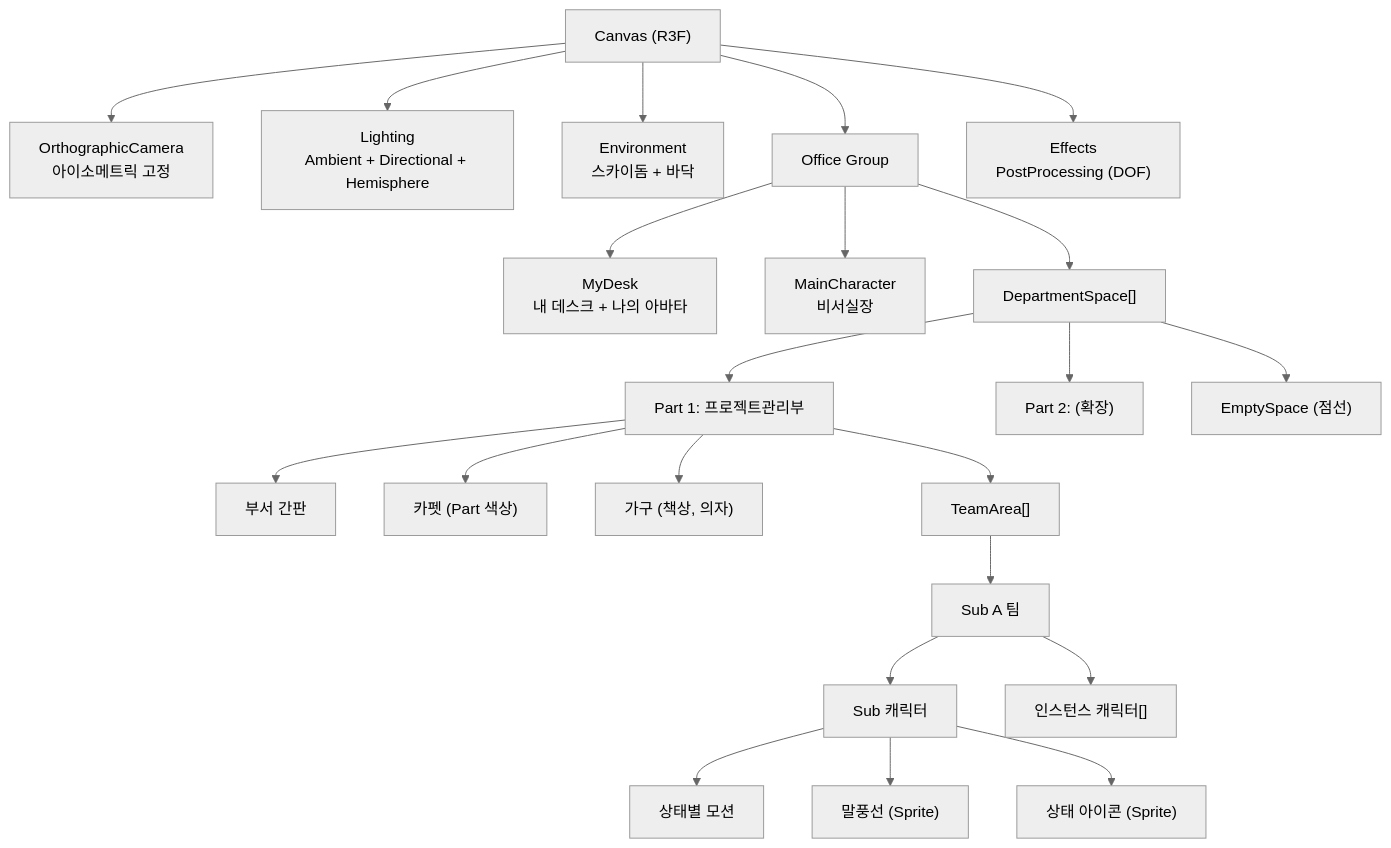
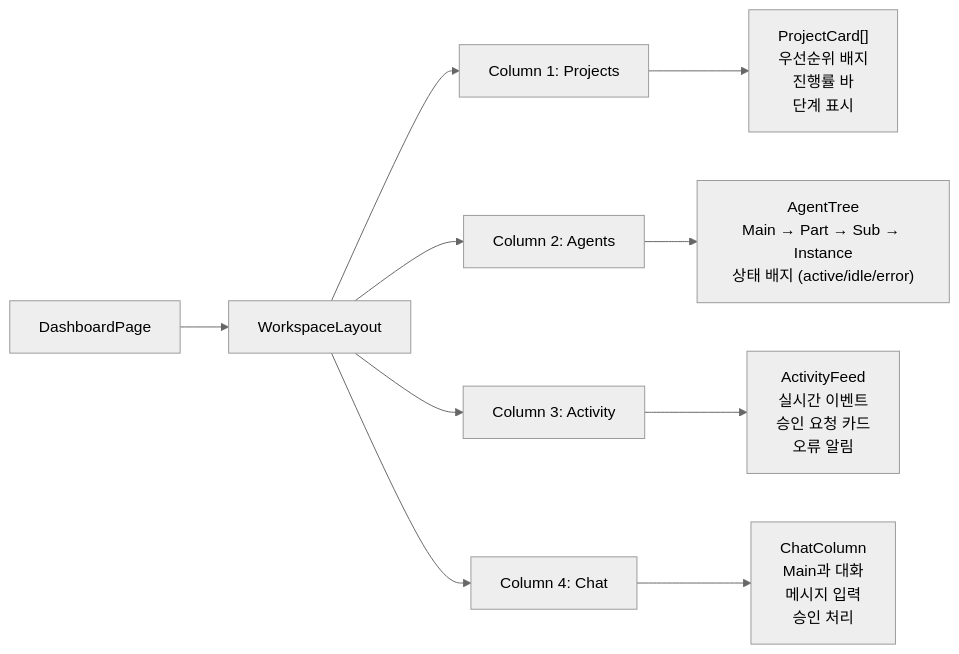
One commit to Jeonyunjae/ClaudeManager changed the third of 7 diagrams in 03_design/🏗️ architecture.md. Above: the diagram before and after it, drawn with Mermaid (neutral theme). The commit also changed other lines of this file and 221 other files, not shown here.

````diff
--- a/03_design/🏗️ architecture.md
+++ b/03_design/🏗️ architecture.md
@@ -427,30 +449,15 @@
 ```mermaid
-flowchart TD
-    CANVAS["Canvas (R3F)"]
-    CANVAS --> CAMERA["OrthographicCamera<br>아이소메트릭 고정"]
-    CANVAS --> LIGHTS["Lighting<br>Ambient + Directional + Hemisphere"]
-    CANVAS --> ENV["Environment<br>스카이돔 + 바닥"]
-    CANVAS --> OFFICE_GROUP["Office Group"]
-    CANVAS --> EFFECTS["Effects<br>PostProcessing (DOF)"]
+flowchart LR
+    DASHBOARD["DashboardPage"]
+    DASHBOARD --> LAYOUT["WorkspaceLayout"]
     
-    OFFICE_GROUP --> CEO["MyDesk<br>내 데스크 + 나의 아바타"]
-    OFFICE_GROUP --> MAIN_CHAR["MainCharacter<br>비서실장"]
-    OFFICE_GROUP --> DEPTS["DepartmentSpace[]"]
+    LAYOUT --> COL1["Column 1: Projects"]
+    LAYOUT --> COL2["Column 2: Agents"]
+    LAYOUT --> COL3["Column 3: Activity"]
+    LAYOUT --> COL4["Column 4: Chat"]
     
-    DEPTS --> DEPT1["Part 1: 프로젝트관리부"]
-    DEPTS --> DEPT2["Part 2: (확장)"]
-    DEPTS --> EMPTY["EmptySpace (점선)"]
-    
-    DEPT1 --> SIGN["부서 간판"]
-    DEPT1 --> FLOOR["카펫 (Part 색상)"]
-    DEPT1 --> FURNITURE["가구 (책상, 의자)"]
-    DEPT1 --> TEAMS["TeamArea[]"]
-    
-    TEAMS --> TEAM1["Sub A 팀"]
-    TEAM1 --> SUB_CHAR["Sub 캐릭터"]
-    TEAM1 --> INST_CHARS["인스턴스 캐릭터[]"]
-    
-    SUB_CHAR --> MOTION["상태별 모션"]
-    SUB_CHAR --> BUBBLE["말풍선 (Sprite)"]
-    SUB_CHAR --> STATUS_ICON["상태 아이콘 (Sprite)"]
+    COL1 --> PC["ProjectCard[]<br>우선순위 배지<br>진행률 바<br>단계 표시"]
+    COL2 --> AT["AgentTree<br>Main → Part → Sub → Instance<br>상태 배지 (active/idle/error)"]
+    COL3 --> AF["ActivityFeed<br>실시간 이벤트<br>승인 요청 카드<br>오류 알림"]
+    COL4 --> CH["ChatColumn<br>Main과 대화<br>메시지 입력<br>승인 처리"]
 ```
````
